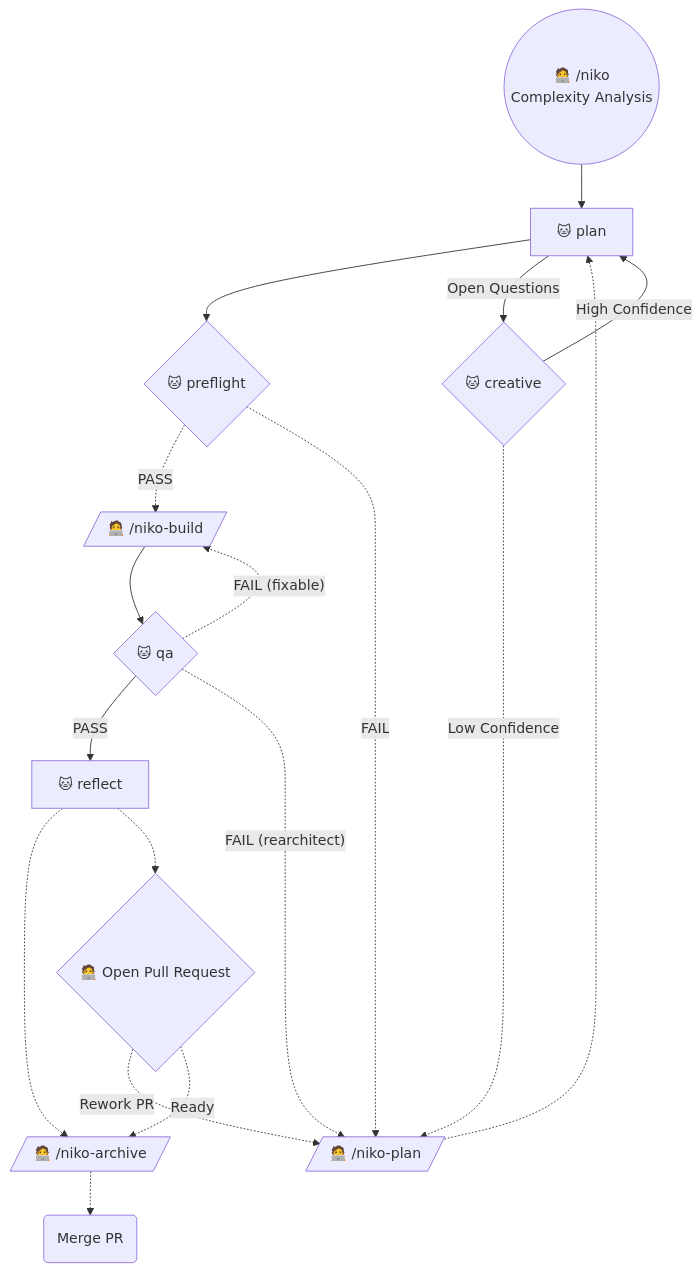
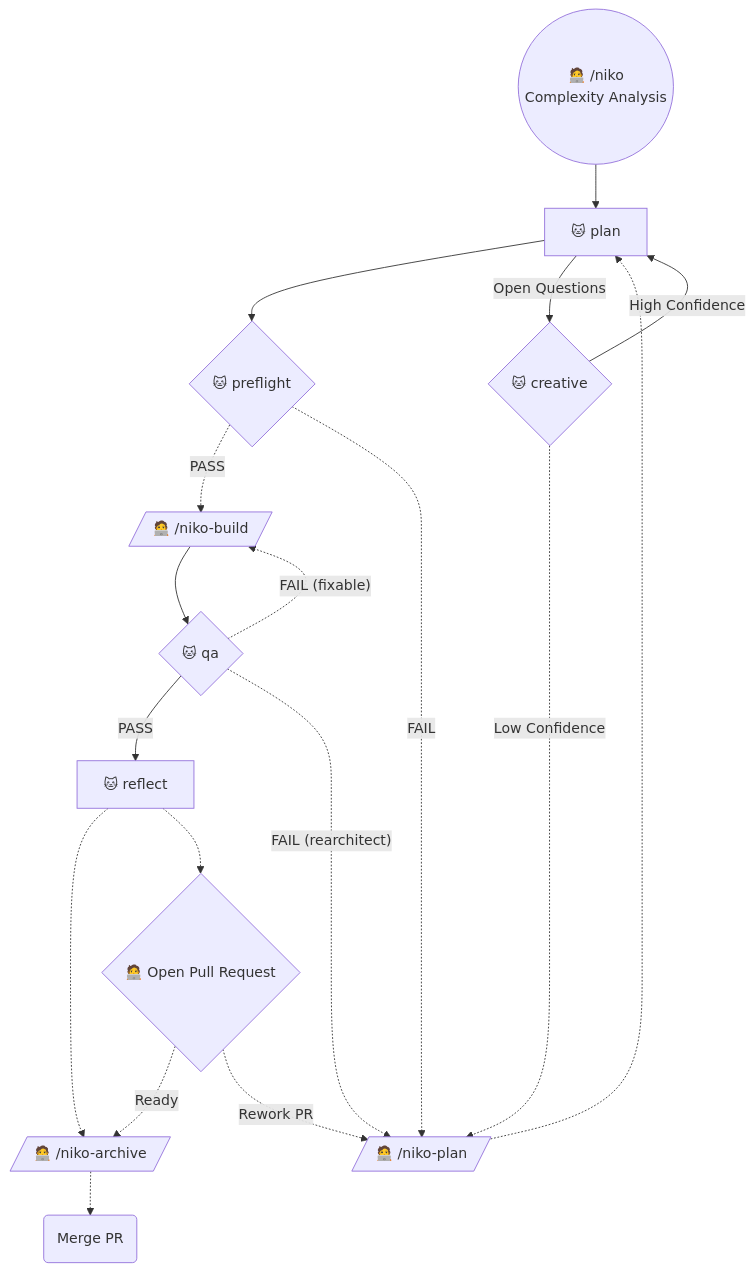
One commit to Texarkanine/.cursor-rules changed the fourth of 4 diagrams in rulesets/niko2/README.md. Above: the diagram before and after it, drawn with Mermaid. The commit also changed other lines of this file, not shown here.

````diff
--- a/rulesets/niko2/README.md
+++ b/rulesets/niko2/README.md
@@ -185,27 +186,28 @@
 ```mermaid
 graph TD
 	Start(("🧑‍💻 /niko<br>Complexity Analysis")) --> NikoPlan["🐱 plan"]
 	NikoPlan --> NikoPreflight{"🐱 preflight"}
 	NikoPreflight -.->|"PASS"| ManualBuild[/"🧑‍💻 /niko-build"/]
 	NikoPreflight -.->|"FAIL"| ManualPlan[/"🧑‍💻 /niko-plan"/]
 
 	NikoPlan -->|"Open Questions"| NikoCreative{"🐱 creative"}
 	NikoCreative -->|"High Confidence"| NikoPlan
 	NikoCreative -.->|"Low Confidence"| ManualPlan[/"🧑‍💻 /niko-plan"/]
 
 	ManualBuild --> NikoQA{"🐱 qa"}
 	NikoQA -->|"PASS"| NikoReflect["🐱 reflect"]
 	NikoReflect -.-> ManualArchive[/"🧑‍💻 /niko-archive"/]
 	NikoQA -.->|"FAIL (fixable)"| ManualBuild
 	NikoQA -.->|"FAIL (rearchitect)"| ManualPlan
 
 	ManualPlan -.-> NikoPlan
 
 	PR{"🧑‍💻 Open Pull Request"}
 
 	NikoReflect -.-> PR
 
+	PR -."Ready".-> ManualArchive
 	PR -."Rework PR".-> ManualPlan
-	PR -."Ready".-> ManualArchive
+
 	ManualArchive -.-> MergePR("Merge PR")
 ```
````
